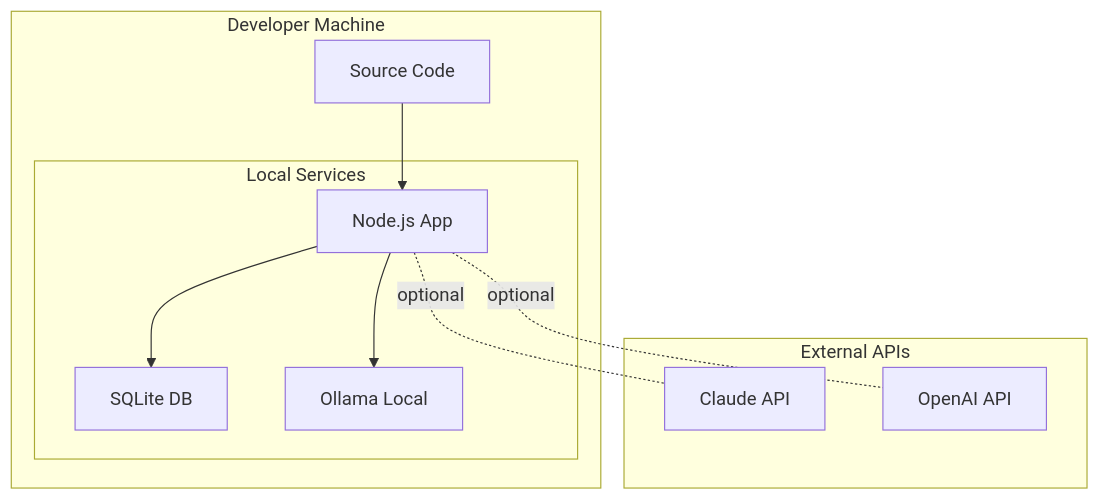
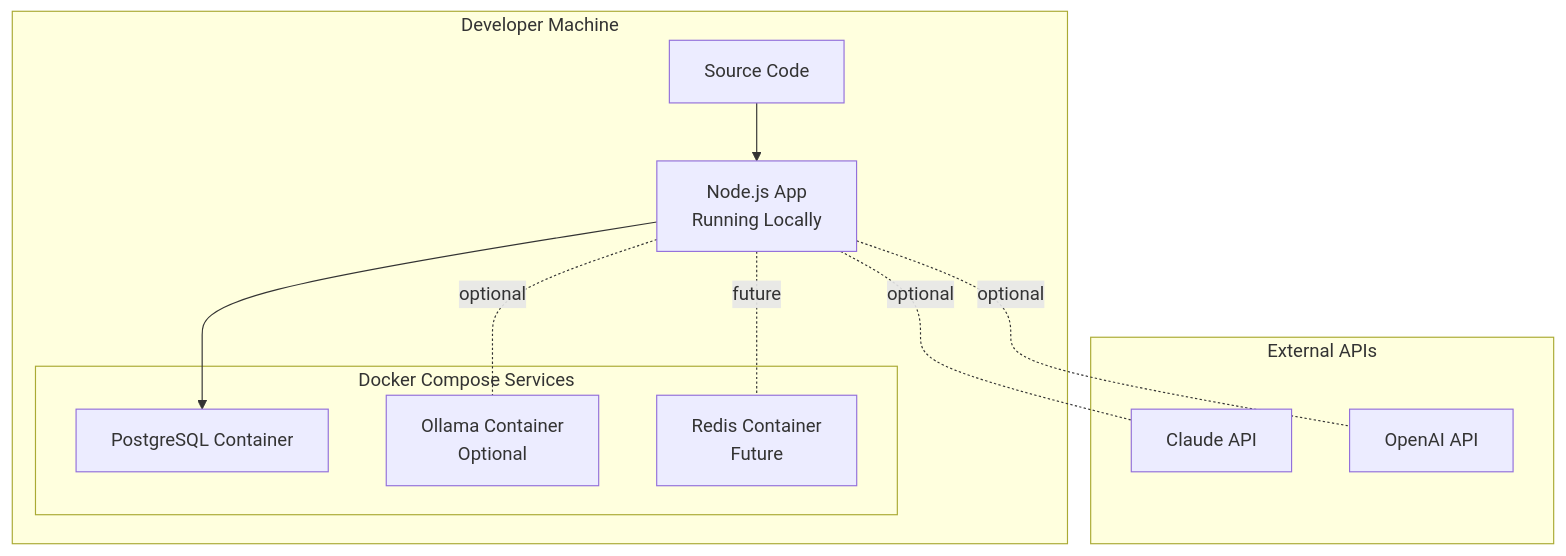
One commit to mcraigtyler/RAWley changed diagram 24 of 27 in docs/ARCHITECTURE.md. Above: the diagram before and after it, drawn with Mermaid. The commit also changed other lines of this file and 1 other file, not shown here.

````diff
--- a/docs/ARCHITECTURE.md
+++ b/docs/ARCHITECTURE.md
@@ -1300,24 +1340,26 @@
 ```mermaid
 graph TB
     subgraph "Developer Machine"
         Code[Source Code]
-        
-        subgraph "Local Services"
-            App[Node.js App]
-            DB[SQLite DB]
-            Ollama[Ollama Local]
+        App[Node.js App<br/>Running Locally]
+
+        subgraph "Docker Compose Services"
+            DB[PostgreSQL Container]
+            Ollama[Ollama Container<br/>Optional]
+            Redis[Redis Container<br/>Future]
         end
-        
+
         Code --> App
         App --> DB
-        App --> Ollama
+        App -.optional.- Ollama
+        App -.future.- Redis
     end
-    
+
     subgraph "External APIs"
         Claude[Claude API]
         OpenAI[OpenAI API]
     end
-    
+
     App -.optional.- Claude
     App -.optional.- OpenAI
 ```
````
